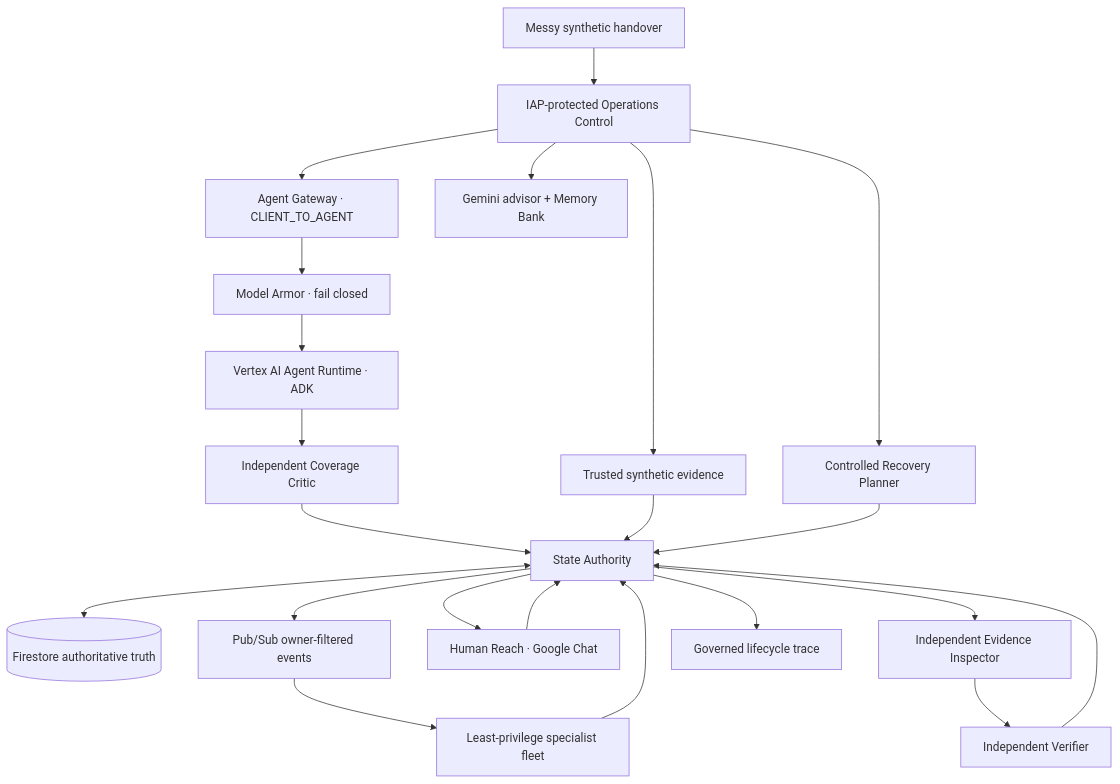
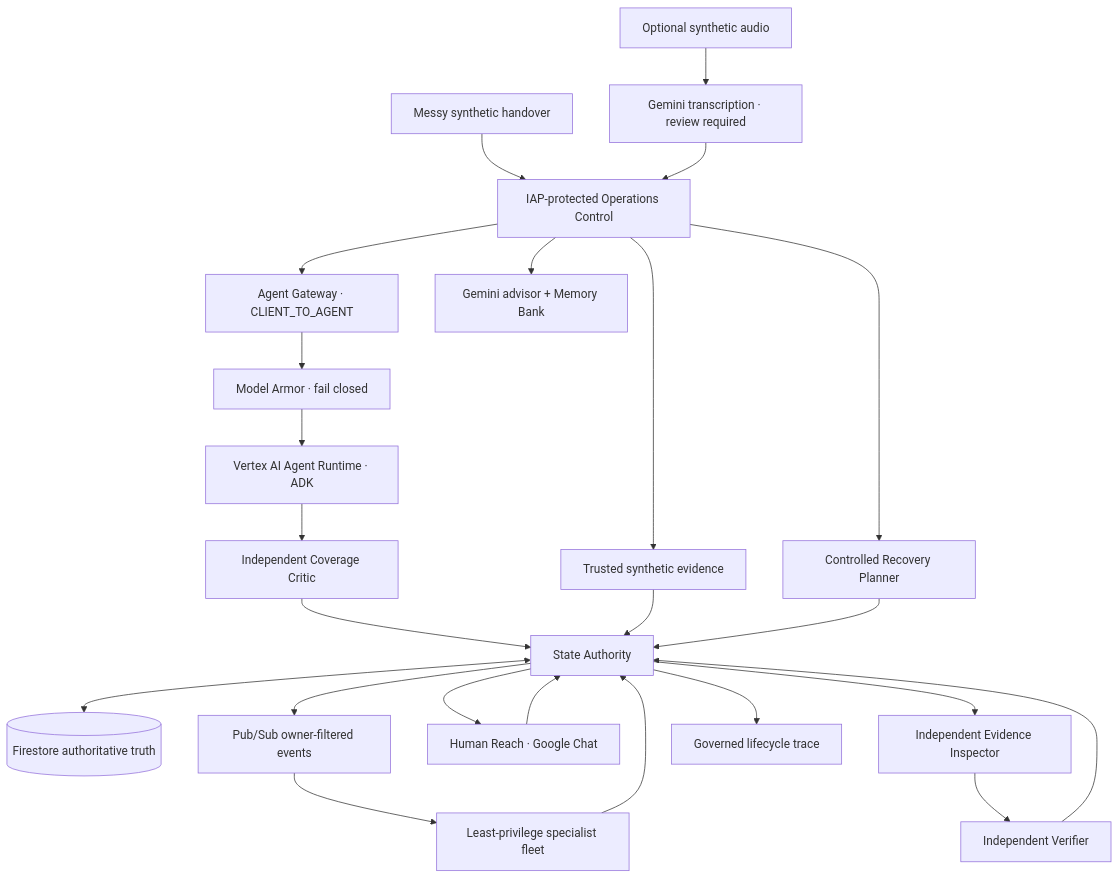
The diagram in README.md (Paddyboy76/next-shift), drawn with Mermaid before and after one commit. The commit also changed other lines of this file and 11 other files, not shown here.

````diff
--- a/README.md
+++ b/README.md
@@ -30,24 +31,26 @@
 ```mermaid
 flowchart TD
     H[Messy synthetic handover] --> UI[IAP-protected Operations Control]
+    AU[Optional synthetic audio] --> GM[Gemini transcription · review required]
+    GM --> UI
     UI --> GW[Agent Gateway · CLIENT_TO_AGENT]
     GW --> MA[Model Armor · fail closed]
     MA --> AR[Vertex AI Agent Runtime · ADK]
     AR --> CC[Independent Coverage Critic]
     CC --> SA[State Authority]
     SA <--> FS[(Firestore authoritative truth)]
     SA --> PS[Pub/Sub owner-filtered events]
     PS --> SP[Least-privilege specialist fleet]
     SP --> SA
     SA --> HR[Human Reach · Google Chat]
     HR --> SA
     UI --> TE[Trusted synthetic evidence]
     TE --> SA
     SA --> EI[Independent Evidence Inspector]
     EI --> IV[Independent Verifier]
     IV --> SA
     UI --> RP[Controlled Recovery Planner]
     RP --> SA
     UI --> MB[Gemini advisor + Memory Bank]
     SA --> TR[Governed lifecycle trace]
 ```
````
